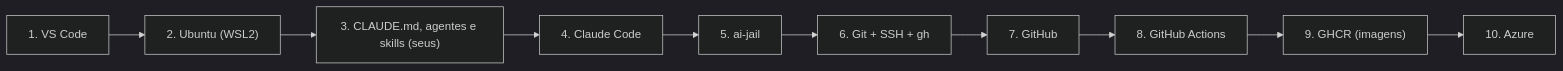
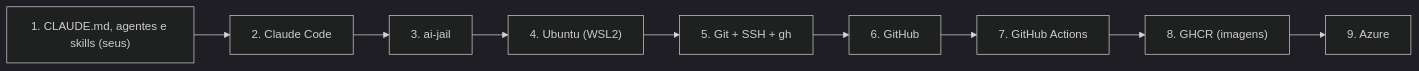
One commit to AlanMateus17/dev-setup changed the second of 13 diagrams in docs/fluxos.md. Above: the diagram before and after it, drawn with Mermaid (dark theme). The commit also changed other lines of this file and 38 other files, not shown here.

````diff
--- a/docs/fluxos.md
+++ b/docs/fluxos.md
@@ -54,22 +54,20 @@
 ```mermaid
 flowchart LR
-  s0["1. VS Code"]
-  s1["2. Ubuntu (WSL2)"]
-  s2["3. CLAUDE.md, agentes e skills (seus)"]
-  s3["4. Claude Code"]
-  s4["5. ai-jail"]
-  s5["6. Git + SSH + gh"]
-  s6["7. GitHub"]
-  s7["8. GitHub Actions"]
-  s8["9. GHCR (imagens)"]
-  s9["10. Azure"]
+  s0["1. CLAUDE.md, agentes e skills (seus)"]
+  s1["2. Claude Code"]
+  s2["3. ai-jail"]
+  s3["4. Ubuntu (WSL2)"]
+  s4["5. Git + SSH + gh"]
+  s5["6. GitHub"]
+  s6["7. GitHub Actions"]
+  s7["8. GHCR (imagens)"]
+  s8["9. Azure"]
   s0 --> s1
   s1 --> s2
   s2 --> s3
   s3 --> s4
   s4 --> s5
   s5 --> s6
   s6 --> s7
   s7 --> s8
-  s8 --> s9
 ```
````
